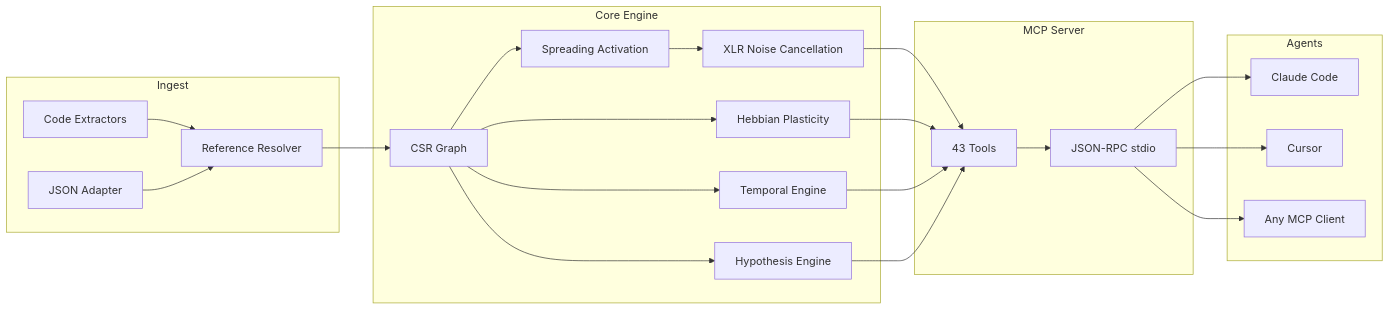
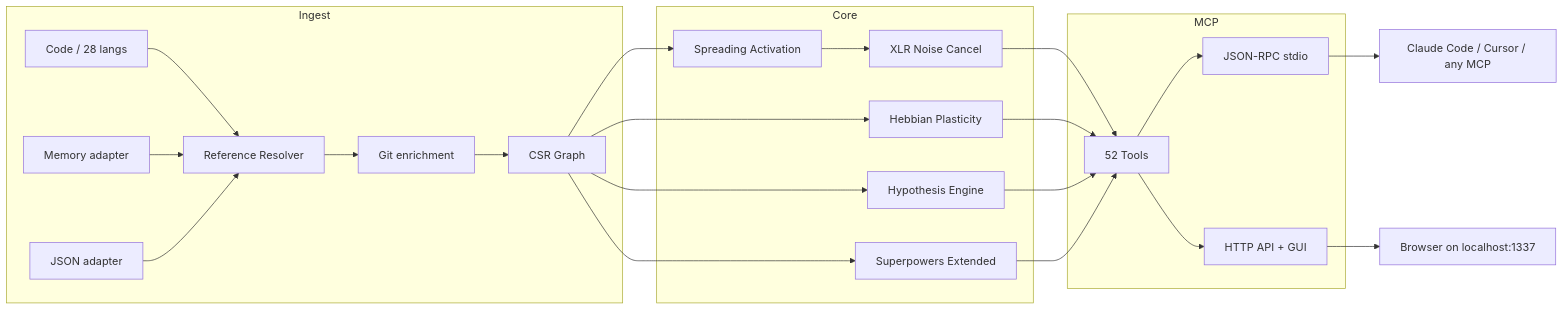
Before and after one commit to maxkle1nz/m1nd: the diagram in README.md, drawn with Mermaid. The commit also changed other lines of this file and 3 other files, not shown here.

````diff
--- a/README.md
+++ b/README.md
@@ -242,27 +283,27 @@
 ```mermaid
 graph LR
     subgraph Ingest
-        A[Code Extractors] --> B[Reference Resolver]
-        C[JSON Adapter] --> B
+        A[Code / 28 langs] --> R[Reference Resolver]
+        MA[Memory adapter] --> R
+        JA[JSON adapter] --> R
+        R --> GD[Git enrichment]
+        GD --> G[CSR Graph]
     end
-    subgraph Core Engine
-        B --> D[CSR Graph]
-        D --> E[Spreading Activation]
-        D --> F[Hebbian Plasticity]
-        D --> G[Temporal Engine]
-        D --> H[Hypothesis Engine]
-        E --> I[XLR Noise Cancellation]
+    subgraph Core
+        G --> SA[Spreading Activation]
+        G --> HP[Hebbian Plasticity]
+        G --> HY[Hypothesis Engine]
+        G --> SX[Superpowers Extended]
+        SA --> XLR[XLR Noise Cancel]
     end
-    subgraph MCP Server
-        I --> J[43 Tools]
-        F --> J
-        G --> J
-        H --> J
-        J --> K[JSON-RPC stdio]
+    subgraph MCP
+        XLR --> T[52 Tools]
+        HP --> T
+        HY --> T
+        SX --> T
+        T --> IO[JSON-RPC stdio]
+        T --> HTTP[HTTP API + GUI]
     end
-    subgraph Agents
-        K --> L[Claude Code]
-        K --> M[Cursor]
-        K --> N[Any MCP Client]
-    end
+    IO --> C[Claude Code / Cursor / any MCP]
+    HTTP --> B[Browser on localhost:1337]
 ```
````
